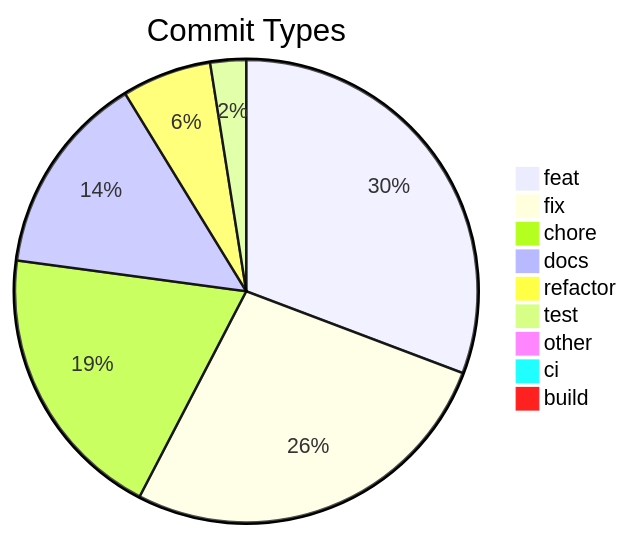
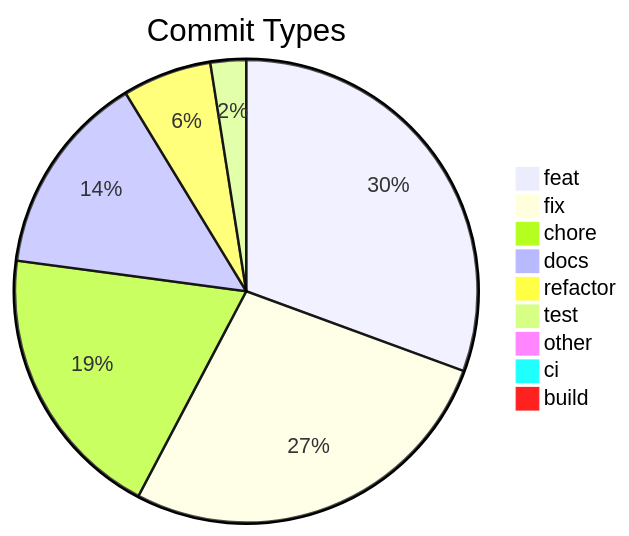
One commit to svenroth-ai/shipwright changed the diagram in .shipwright/compliance/change-history.md. Above: the diagram before and after it, drawn with Mermaid. The commit also changed other lines of this file and 7 other files, not shown here.

````diff
--- a/.shipwright/compliance/change-history.md
+++ b/.shipwright/compliance/change-history.md
@@ -8,12 +8,12 @@
 ```mermaid
 pie title Commit Types
     "feat" : 246
-    "fix" : 215
+    "fix" : 218
     "chore" : 156
-    "docs" : 113
+    "docs" : 114
     "refactor" : 50
     "test" : 20
     "other" : 7
     "ci" : 4
     "build" : 1
 ```
````
